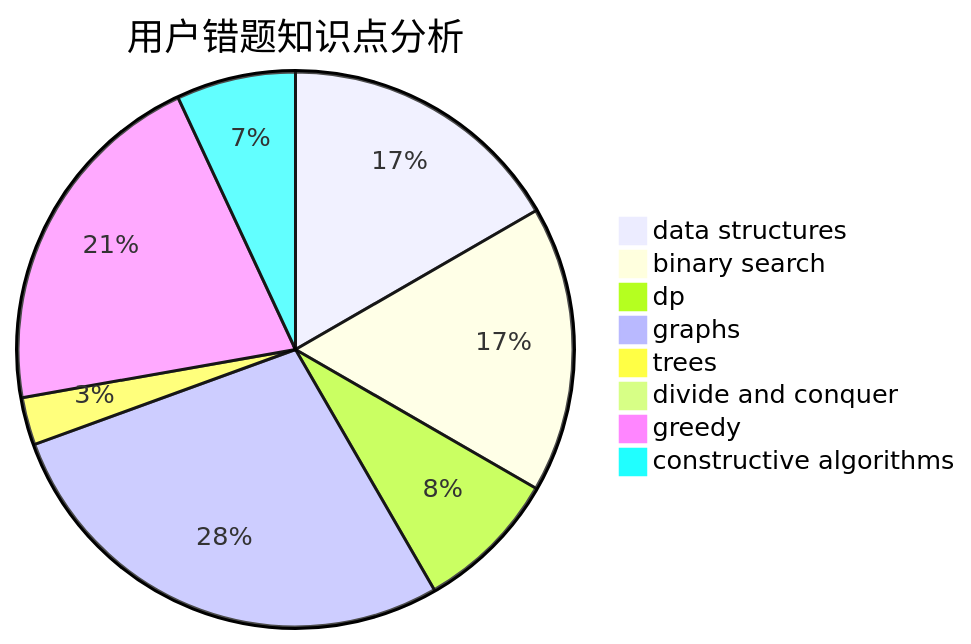
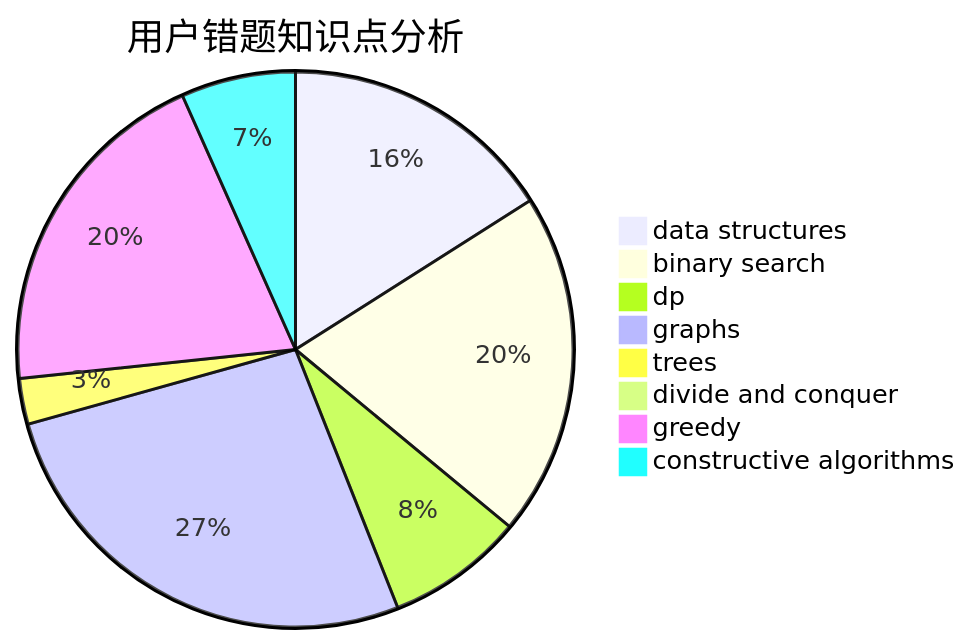
The third of 3 diagrams in docs/user/u1574.md (sherpahu/cfrs.github.io), drawn with Mermaid before and after one commit. The commit also changed other lines of this file and 2770 other files, not shown here.

````diff
--- a/docs/user/u1574.md
+++ b/docs/user/u1574.md
@@ -36,11 +36,11 @@
 ```mermaid
 pie title 用户错题知识点分析
     "data structures" :  12
-    "binary search" :  12
+    "binary search" :  15
     "dp" :  6
     "graphs" :  20
     "trees" :  2
     "divide and conquer" :  0
     "greedy" :  15
     "constructive algorithms" :  5
 ```
````
